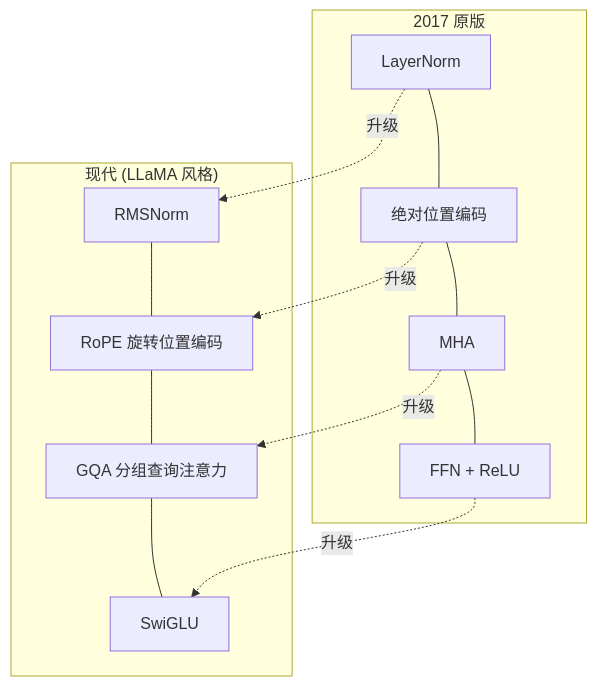
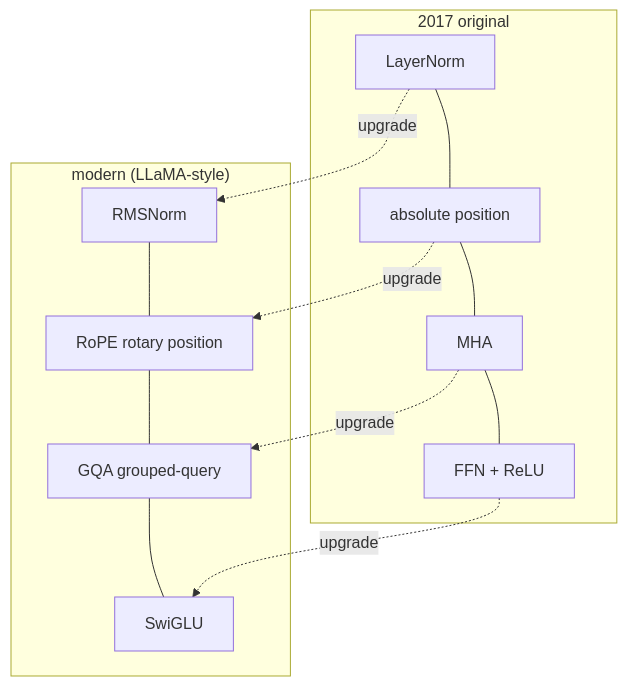
One commit to Alas129/transformer-playground changed diagram 11 of 23 in docs/diagrams.md. Above: the diagram before and after it, drawn with Mermaid. The commit also changed other lines of this file, not shown here.

Commit message:
updated diagrams

````diff
--- a/docs/diagrams.md
+++ b/docs/diagrams.md
@@ -213,13 +228,13 @@
 ```mermaid
 flowchart TD
-    subgraph V2017["2017 原版"]
-        a1[LayerNorm] --- a2[绝对位置编码] --- a3[MHA] --- a4[FFN + ReLU]
+    subgraph V2017["2017 original"]
+        a1[LayerNorm] --- a2[absolute position] --- a3[MHA] --- a4[FFN + ReLU]
     end
-    subgraph MODERN["现代 (LLaMA 风格)"]
-        b1[RMSNorm] --- b2[RoPE 旋转位置编码] --- b3[GQA 分组查询注意力] --- b4[SwiGLU]
+    subgraph MODERN["modern (LLaMA-style)"]
+        b1[RMSNorm] --- b2[RoPE rotary position] --- b3[GQA grouped-query] --- b4[SwiGLU]
     end
-    a1 -.升级.-> b1
-    a2 -.升级.-> b2
-    a3 -.升级.-> b3
-    a4 -.升级.-> b4
+    a1 -.upgrade.-> b1
+    a2 -.upgrade.-> b2
+    a3 -.upgrade.-> b3
+    a4 -.upgrade.-> b4
 ```
````
